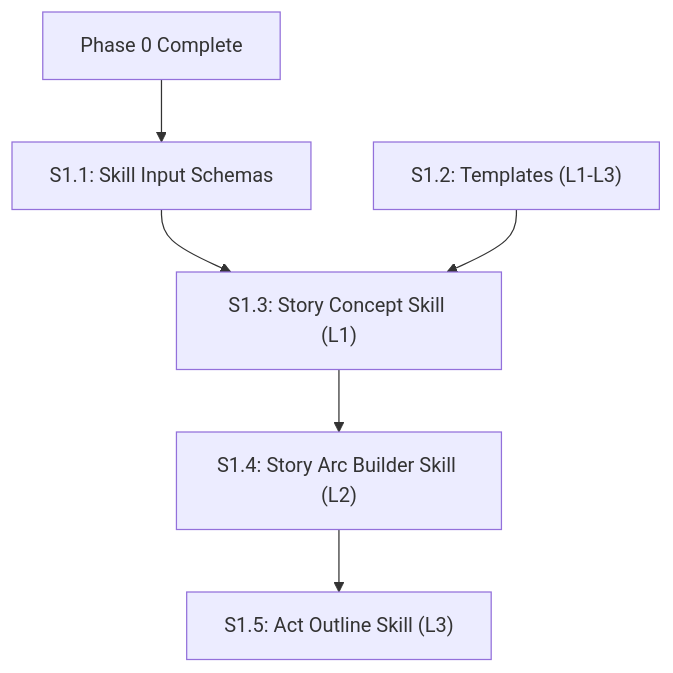
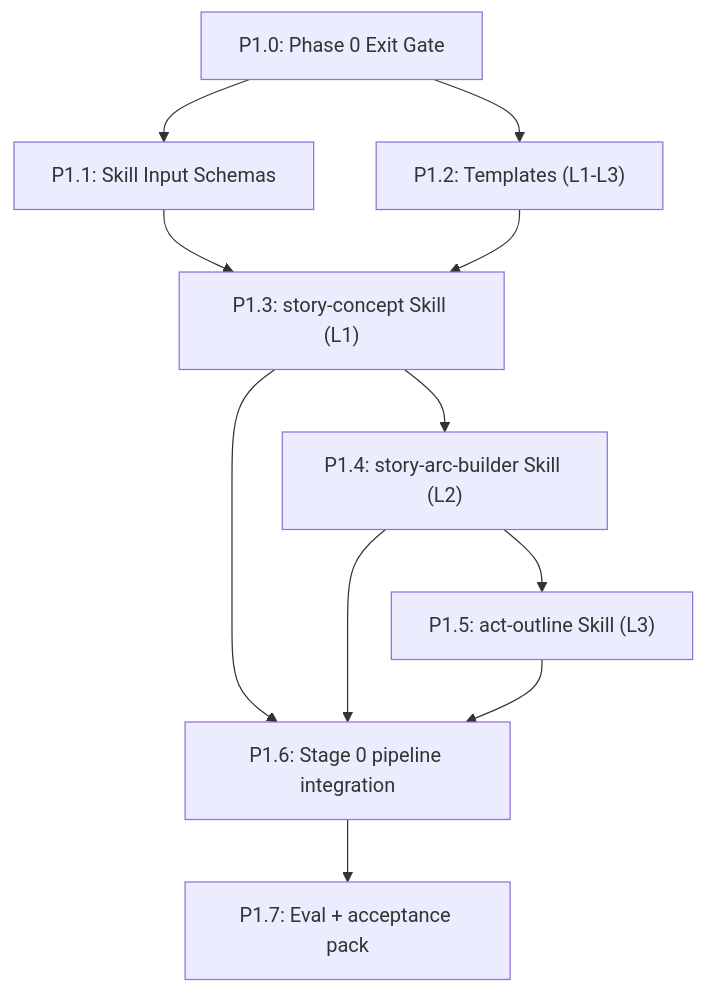
Before and after one commit to Deland78/Claude-Writing-Skills: the diagram in docs/phase1_detailed_plan.md, drawn with Mermaid. The commit also changed other lines of this file, not shown here.

Commit message:
docs: update phase 1 plan with stronger gates and acceptance pack

````diff
--- a/docs/phase1_detailed_plan.md
+++ b/docs/phase1_detailed_plan.md
@@ -5,15 +5,22 @@
 ```mermaid
 flowchart TD
-    P0[Phase 0 Complete]
-    S1["S1.1: Skill Input Schemas"]
-    S2["S1.2: Templates (L1-L3)"]
-    S3["S1.3: Story Concept Skill (L1)"]
-    S4["S1.4: Story Arc Builder Skill (L2)"]
-    S5["S1.5: Act Outline Skill (L3)"]
+    P0["P1.0: Phase 0 Exit Gate"]
+    S1["P1.1: Skill Input Schemas"]
+    S2["P1.2: Templates (L1-L3)"]
+    S3["P1.3: story-concept Skill (L1)"]
+    S4["P1.4: story-arc-builder Skill (L2)"]
+    S5["P1.5: act-outline Skill (L3)"]
+    S6["P1.6: Stage 0 pipeline integration"]
+    S7["P1.7: Eval + acceptance pack"]
 
     P0 --> S1
+    P0 --> S2
     S1 --> S3
     S2 --> S3
     S3 --> S4
     S4 --> S5
+    S3 --> S6
+    S4 --> S6
+    S5 --> S6
+    S6 --> S7
 ```
````
